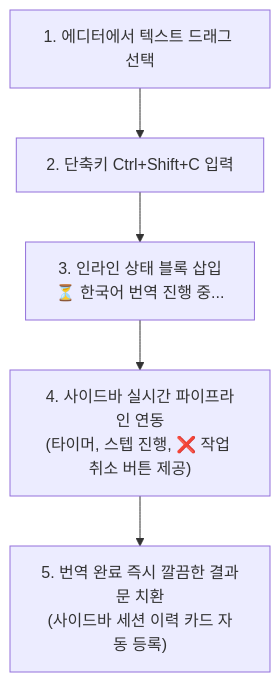
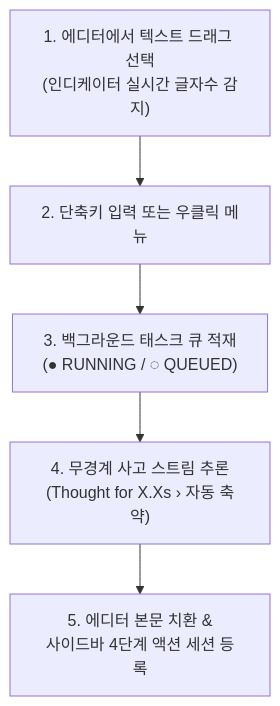
One commit to sparklings/emily changed the diagram in docs/03-translation-and-hotkeys.md. Above: the diagram before and after it, drawn with Mermaid. The commit also changed other lines of this file and 6 other files, not shown here.

````diff
--- a/docs/03-translation-and-hotkeys.md
+++ b/docs/03-translation-and-hotkeys.md
@@ -33,7 +33,7 @@
 ```mermaid
 flowchart TD
-    A["1. 에디터에서 텍스트 드래그 선택"] --> B["2. 단축키 Ctrl+Shift+C 입력"]
-    B --> C["3. 인라인 상태 블록 삽입<br/>⏳ 한국어 번역 진행 중..."]
-    C --> D["4. 사이드바 실시간 파이프라인 연동<br/>(타이머, 스텝 진행, ❌ 작업 취소 버튼 제공)"]
-    D --> E["5. 번역 완료 즉시 깔끔한 결과문 치환<br/>(사이드바 세션 이력 카드 자동 등록)"]
+    A["1. 에디터에서 텍스트 드래그 선택<br/>(인디케이터 실시간 글자수 감지)"] --> B["2. 단축키 입력 또는 우클릭 메뉴"]
+    B --> C["3. 백그라운드 태스크 큐 적재<br/>(● RUNNING / ◌ QUEUED)"]
+    C --> D["4. 무경계 사고 스트림 추론<br/>(Thought for X.Xs › 자동 축약)"]
+    D --> E["5. 에디터 본문 치환 &<br/>사이드바 4단계 액션 세션 등록"]
 ```
````
